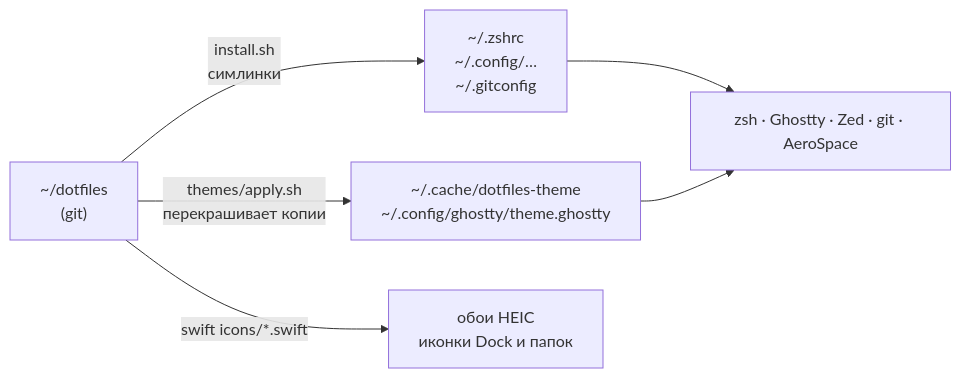
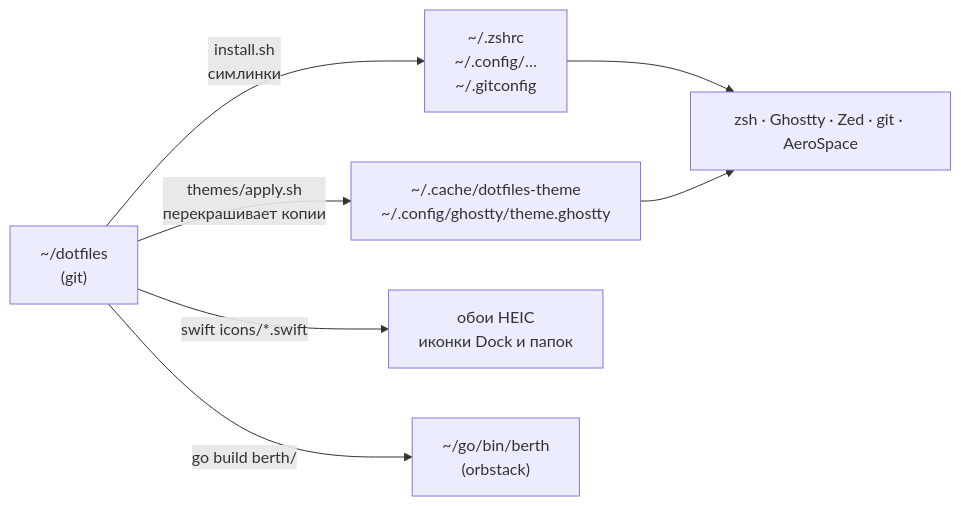
Before and after one commit to van1dalgrr-arch/dotfiles: the first of 4 diagrams in docs/how-it-works.ru.md, drawn with Mermaid. The commit also changed other lines of this file and 53 other files, not shown here.

````diff
--- a/docs/how-it-works.ru.md
+++ b/docs/how-it-works.ru.md
@@ -16,8 +18,9 @@
 ```mermaid
 flowchart LR
     repo["~/dotfiles<br/>(git)"] -->|install.sh<br/>симлинки| cfg["~/.zshrc<br/>~/.config/…<br/>~/.gitconfig"]
     repo -->|themes/apply.sh<br/>перекрашивает копии| gen["~/.cache/dotfiles-theme<br/>~/.config/ghostty/theme.ghostty"]
     repo -->|swift icons/*.swift| art["обои HEIC<br/>иконки Dock и папок"]
+    repo -->|go build berth/| bin["~/go/bin/berth<br/>(orbstack)"]
     cfg --> apps["zsh · Ghostty · Zed · git · AeroSpace"]
     gen --> apps
 ```
````
